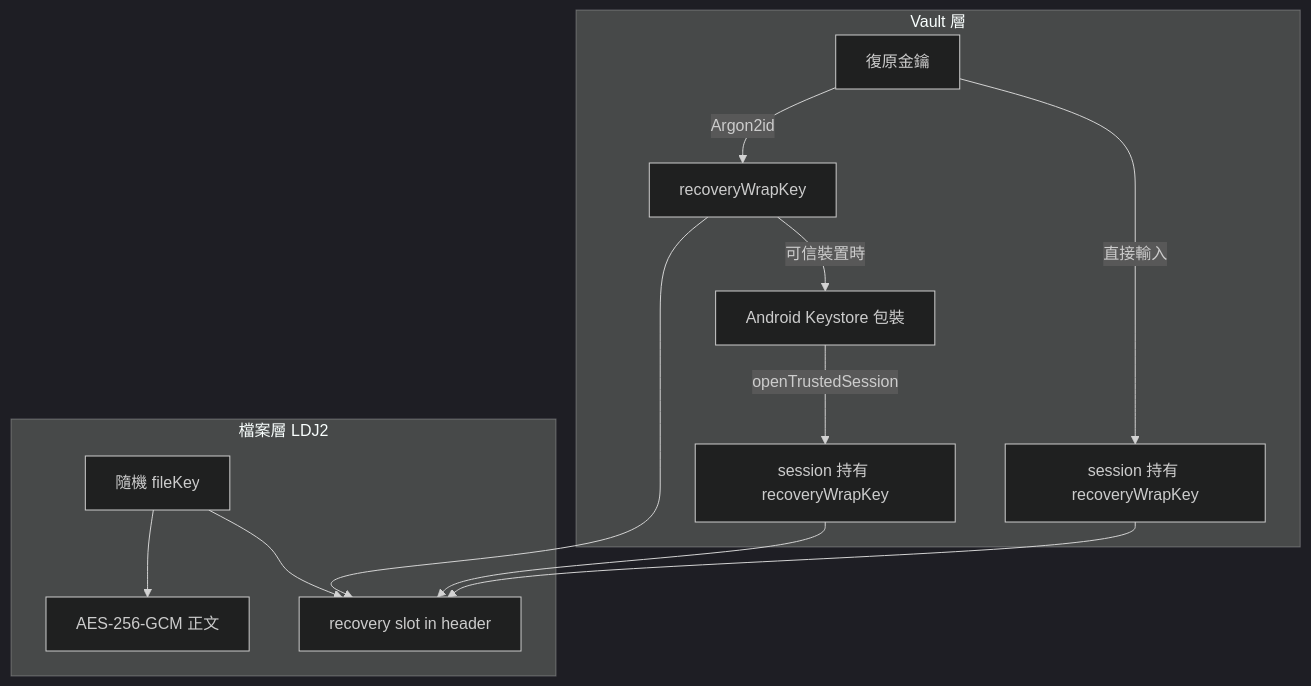
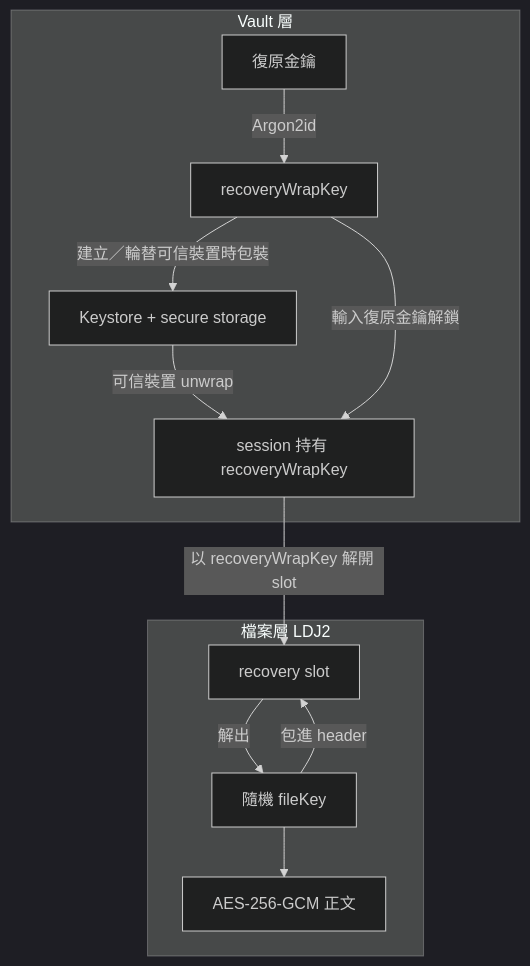
The first of 2 diagrams in docs/介紹/加密格式.md (zack20136/quill-diary), drawn with Mermaid (dark theme) before and after one commit. The commit also changed other lines of this file and 15 other files, not shown here.

````diff
--- a/docs/介紹/加密格式.md
+++ b/docs/介紹/加密格式.md
@@ -22,16 +22,15 @@
 ```mermaid
 flowchart TB
   subgraph vaultLayer [Vault 層]
     RK[復原金鑰] -->|Argon2id| WRK[recoveryWrapKey]
-    WRK -->|可信裝置時| KS[Android Keystore 包裝]
-    KS -->|openTrustedSession| Session[session 持有 recoveryWrapKey]
-    RK -->|直接輸入| Session2[session 持有 recoveryWrapKey]
+    WRK -->|建立／輪替可信裝置時包裝| Store[Keystore + secure storage]
+    Store -->|可信裝置 unwrap| Session[session 持有 recoveryWrapKey]
+    WRK -->|輸入復原金鑰解鎖| Session
   end
   subgraph fileLayer [檔案層 LDJ2]
     FK[隨機 fileKey] --> AES[AES-256-GCM 正文]
-    FK --> RS[recovery slot in header]
-    WRK --> RS
-    Session --> RS
-    Session2 --> RS
+    FK -->|包進 header| RS[recovery slot]
+    Session -->|以 recoveryWrapKey 解開 slot| RS
+    RS -->|解出| FK
   end
 ```
````
